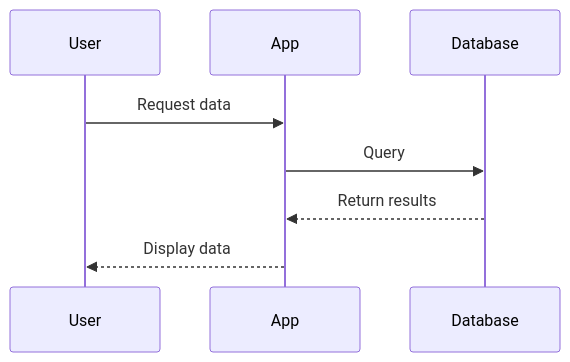
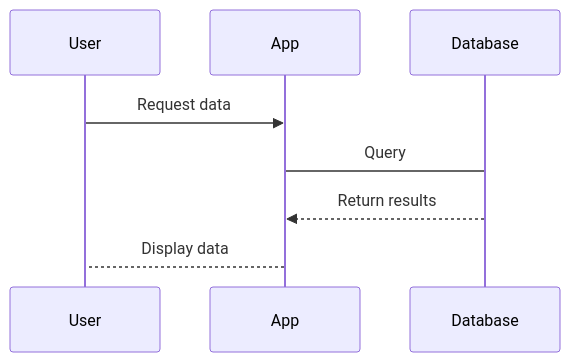
The second of 7 diagrams in README.md (allthings-dev/junk), drawn with Mermaid before and after one commit.

````diff
--- a/README.md
+++ b/README.md
@@ -19,11 +19,11 @@
 ```mermaid
 sequenceDiagram
     participant User
     participant App
     participant Database
     
     User->>App: Request data
-    App->>Database: Query
+    App->Database: Query
     Database-->>App: Return results
-    App-->>User: Display data
+    App-->User: Display data
 ```
````
